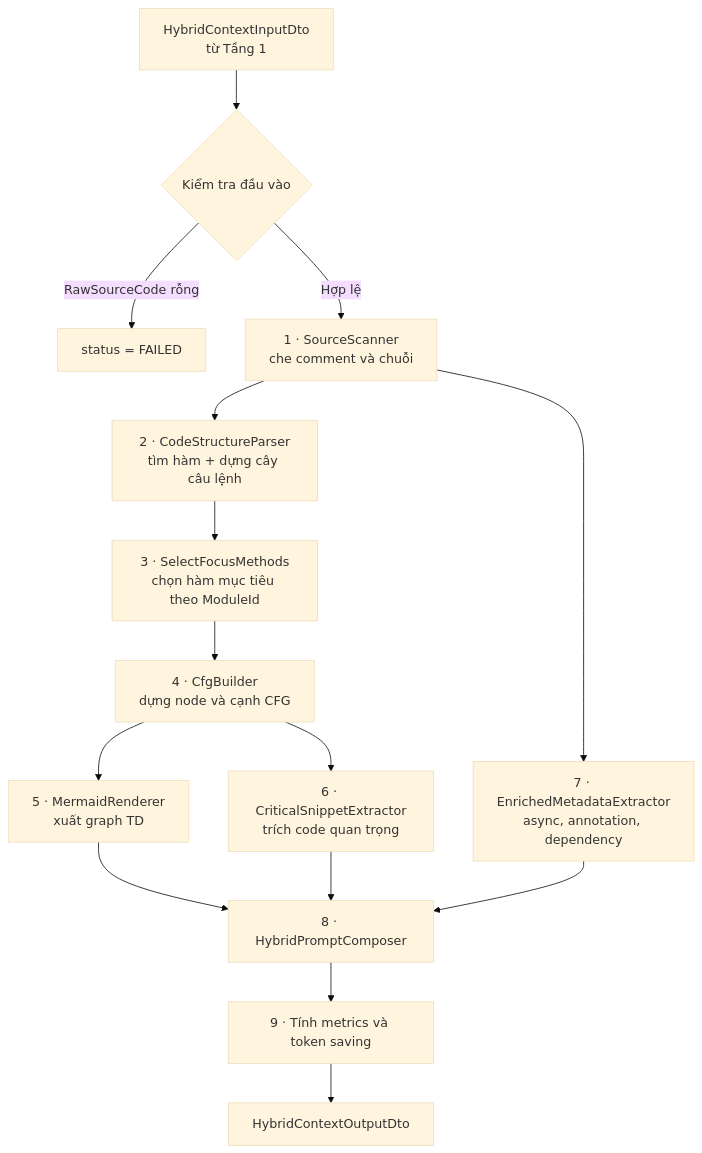
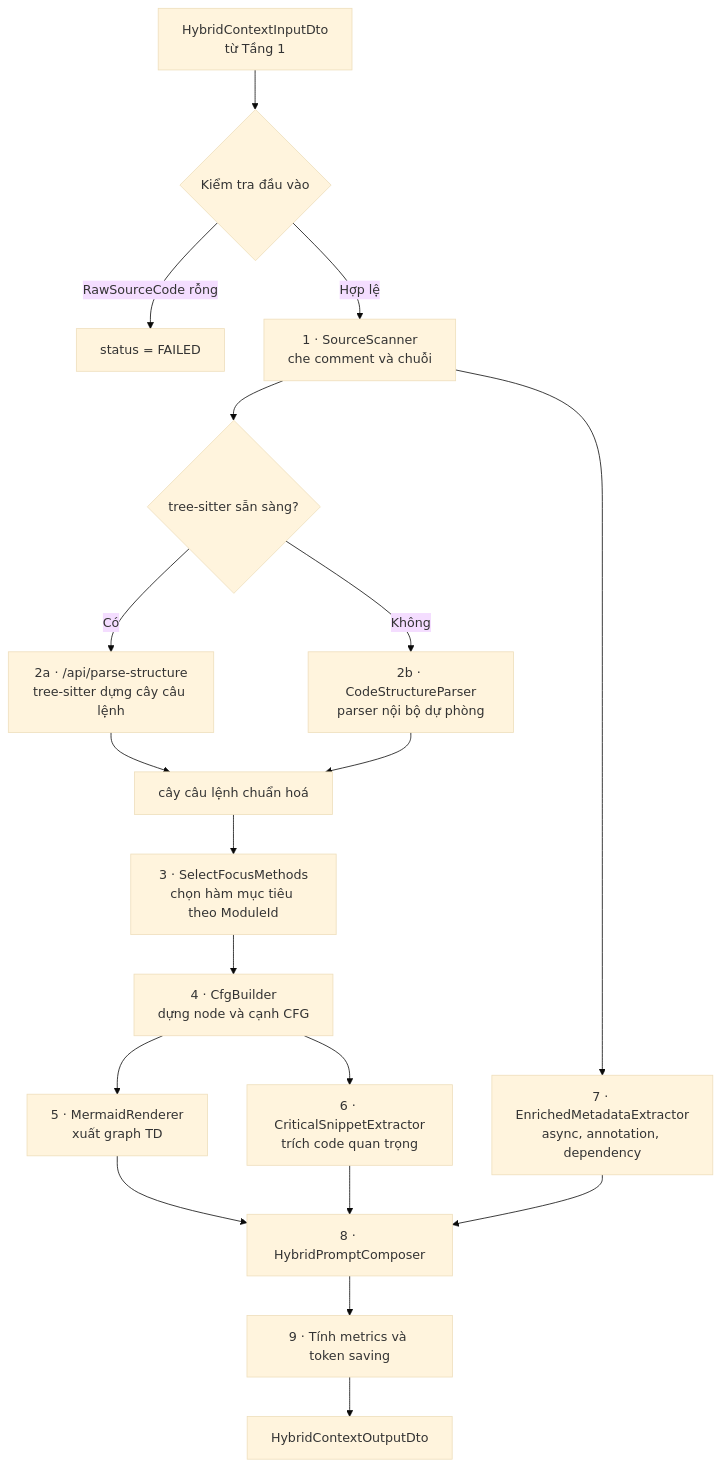
The diagram in TANG_2_IMPLEMENTATION_GUIDE.md (HuongDS/Repo_Into_Graph), drawn with Mermaid (base theme) before and after one commit. The commit also changed other lines of this file and 8 other files, not shown here.

````diff
--- a/TANG_2_IMPLEMENTATION_GUIDE.md
+++ b/TANG_2_IMPLEMENTATION_GUIDE.md
@@ -26,17 +26,21 @@
 ```mermaid
 graph TD
   IN[HybridContextInputDto<br/>từ Tầng 1] --> V{Kiểm tra đầu vào}
   V -- RawSourceCode rỗng --> FAIL[status = FAILED]
   V -- Hợp lệ --> S1[1 · SourceScanner<br/>che comment và chuỗi]
-  S1 --> S2[2 · CodeStructureParser<br/>tìm hàm + dựng cây câu lệnh]
+  S1 --> P{tree-sitter sẵn sàng?}
+  P -- Có --> T[2a · /api/parse-structure<br/>tree-sitter dựng cây câu lệnh]
+  P -- Không --> B2[2b · CodeStructureParser<br/>parser nội bộ dự phòng]
+  T --> S2[cây câu lệnh chuẩn hoá]
+  B2 --> S2
   S2 --> S3[3 · SelectFocusMethods<br/>chọn hàm mục tiêu theo ModuleId]
   S3 --> S4[4 · CfgBuilder<br/>dựng node và cạnh CFG]
   S4 --> S5[5 · MermaidRenderer<br/>xuất graph TD]
   S4 --> S6[6 · CriticalSnippetExtractor<br/>trích code quan trọng]
   S1 --> S7[7 · EnrichedMetadataExtractor<br/>async, annotation, dependency]
   S5 --> S8[8 · HybridPromptComposer]
   S6 --> S8
   S7 --> S8
   S8 --> S9[9 · Tính metrics và token saving]
   S9 --> OUT[HybridContextOutputDto]
 ```
````
